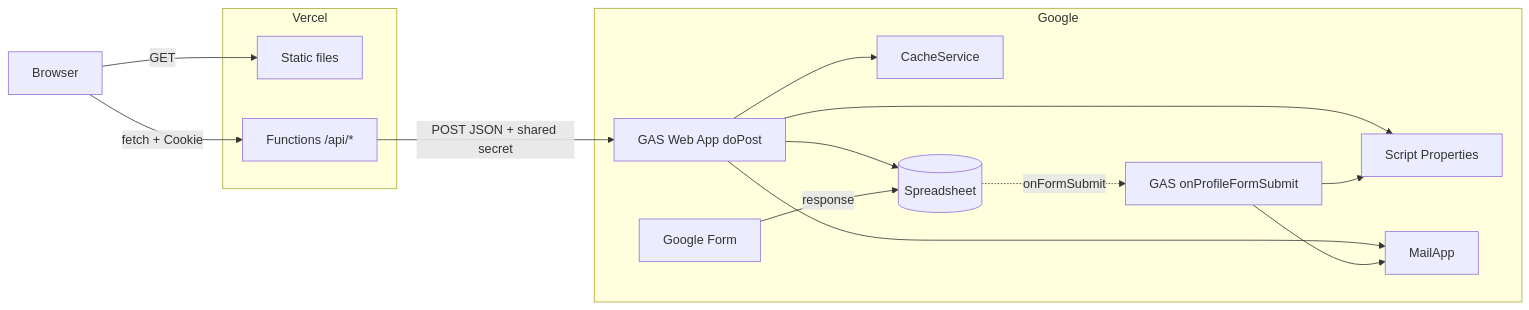
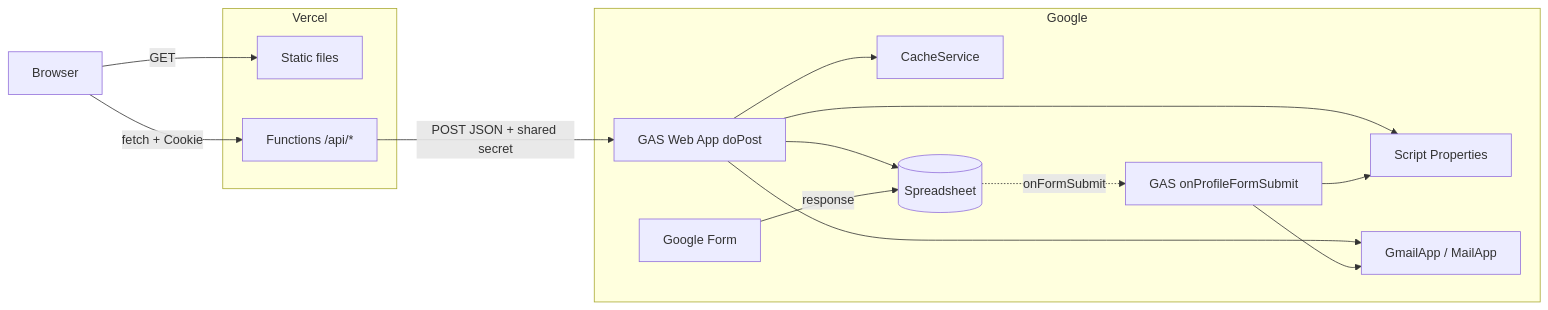
One commit to atsusagi111-dot/95s-pride changed the first of 3 diagrams in アーキテクチャ/エンジニア向け.md. Above: the diagram before and after it, drawn with Mermaid. The commit also changed 1 other file, not shown here.

Commit message:
認証メールの差出人を95spride.official@gmail.comに変更

````diff
--- a/アーキテクチャ/エンジニア向け.md
+++ b/アーキテクチャ/エンジニア向け.md
@@ -30,29 +30,29 @@
 ```mermaid
 flowchart LR
   B["Browser"]
   subgraph Vercel
     ST["Static files"]
     FN["Functions /api/*"]
   end
   subgraph Google
     GAS["GAS Web App doPost"]
     TR["GAS onProfileFormSubmit"]
     CA["CacheService"]
     PR["Script Properties"]
     SH[("Spreadsheet")]
-    MA["MailApp"]
+    MA["GmailApp / MailApp"]
     FM["Google Form"]
   end
 
   B -->|"GET"| ST
   B -->|"fetch + Cookie"| FN
   FN -->|"POST JSON + shared secret"| GAS
   GAS --> SH
   GAS --> CA
   GAS --> PR
   GAS --> MA
   FM -->|"response"| SH
   SH -.->|"onFormSubmit"| TR
   TR --> MA
   TR --> PR
 ```
````
